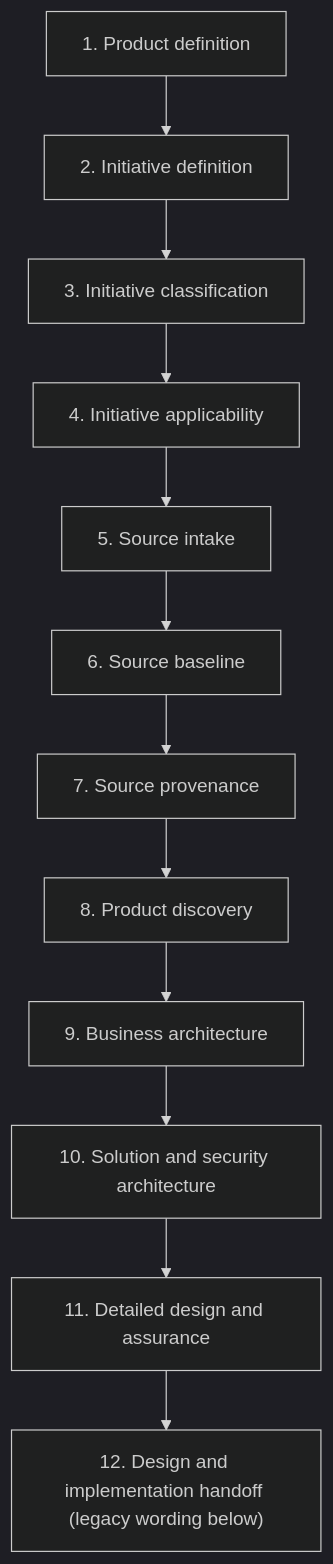
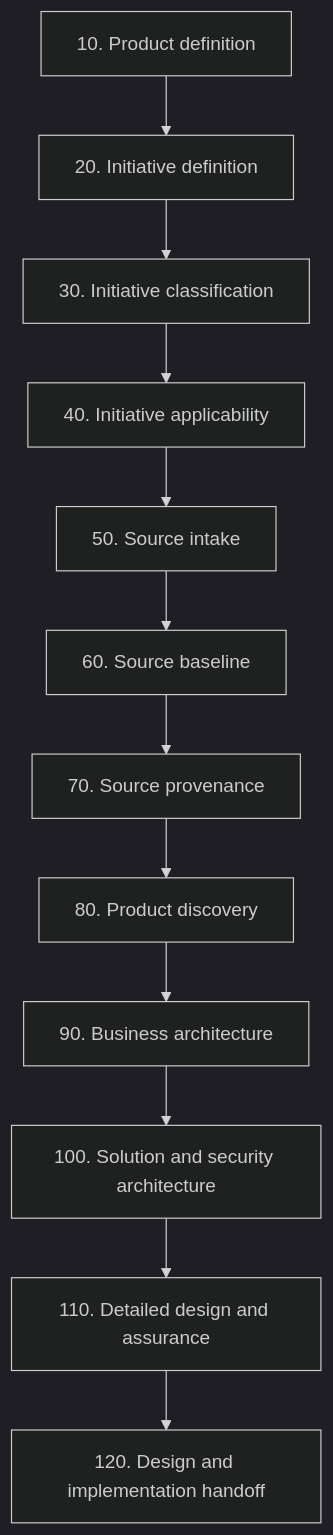
One commit to panahister/GAEP changed the fifth of 11 diagrams in apps/vscode/media/GAEP_GUIDE.md. Above: the diagram before and after it, drawn with Mermaid (dark theme). The commit also changed other lines of this file and 10 other files, not shown here.

````diff
--- a/apps/vscode/media/GAEP_GUIDE.md
+++ b/apps/vscode/media/GAEP_GUIDE.md
@@ -134,17 +299,17 @@
 ```mermaid
-%% Current runtime checkpoint path
+%% Current runtime checkpoint inventory
 flowchart TD
-  r01["1. Product definition"]
-  r02["2. Initiative definition"]
-  r03["3. Initiative classification"]
-  r04["4. Initiative applicability"]
-  r05["5. Source intake"]
-  r06["6. Source baseline"]
-  r07["7. Source provenance"]
-  r08["8. Product discovery"]
-  r09["9. Business architecture"]
-  r10["10. Solution and security architecture"]
-  r11["11. Detailed design and assurance"]
-  r12["12. Design and implementation handoff (legacy wording below)"]
-  r01 --> r02 --> r03 --> r04 --> r05 --> r06 --> r07 --> r08 --> r09 --> r10 --> r11 --> r12
+  product_definition["10. Product definition"]
+  initiative_definition["20. Initiative definition"]
+  initiative_classification["30. Initiative classification"]
+  initiative_applicability["40. Initiative applicability"]
+  source_intake["50. Source intake"]
+  source_baseline["60. Source baseline"]
+  source_provenance["70. Source provenance"]
+  product_discovery["80. Product discovery"]
+  business_architecture["90. Business architecture"]
+  solution_security_architecture["100. Solution and security architecture"]
+  detailed_design_assurance["110. Detailed design and assurance"]
+  p0_p4_readiness["120. Design and implementation handoff"]
+  product_definition --> initiative_definition --> initiative_classification --> initiative_applicability --> source_intake --> source_baseline --> source_provenance --> product_discovery --> business_architecture --> solution_security_architecture --> detailed_design_assurance --> p0_p4_readiness
 ```
````
